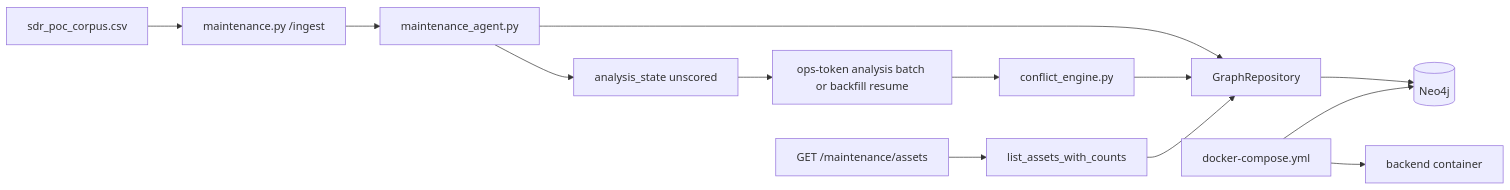
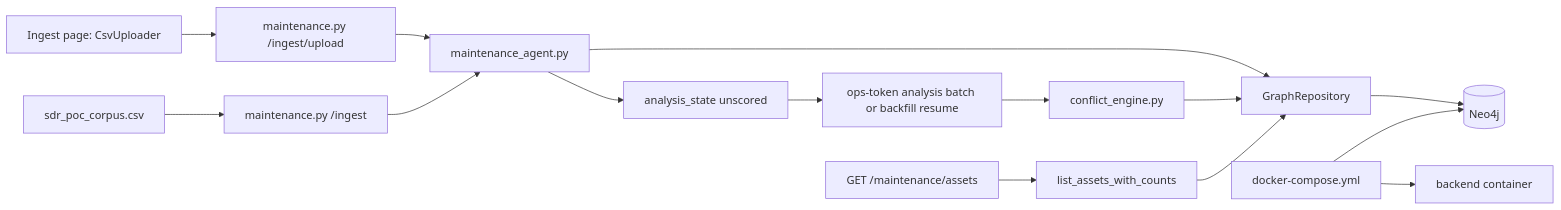
Before and after one commit to umaritics/halite: the diagram in knowledge/flows/FLOW-ingest.md, drawn with Mermaid. The commit also changed other lines of this file and 10 other files, not shown here.

````diff
--- a/knowledge/flows/FLOW-ingest.md
+++ b/knowledge/flows/FLOW-ingest.md
@@ -23,15 +26,17 @@
 ```mermaid
 flowchart LR
   CSV[sdr_poc_corpus.csv] --> Route[maintenance.py /ingest]
+  Upload[Ingest page: CsvUploader] --> UpRoute[maintenance.py /ingest/upload]
+  UpRoute --> Agent
   Route --> Agent[maintenance_agent.py]
   Agent --> GR[GraphRepository]
   Agent --> U[analysis_state unscored]
   U --> Batch[ops-token analysis batch or backfill resume]
   Batch --> CE[conflict_engine.py]
   CE --> GR
   Assets[GET /maintenance/assets] --> Count[list_assets_with_counts]
   Count --> GR
   GR --> N[(Neo4j)]
   Compose[docker-compose.yml] --> N
   Compose --> BE[backend container]
 ```
````
